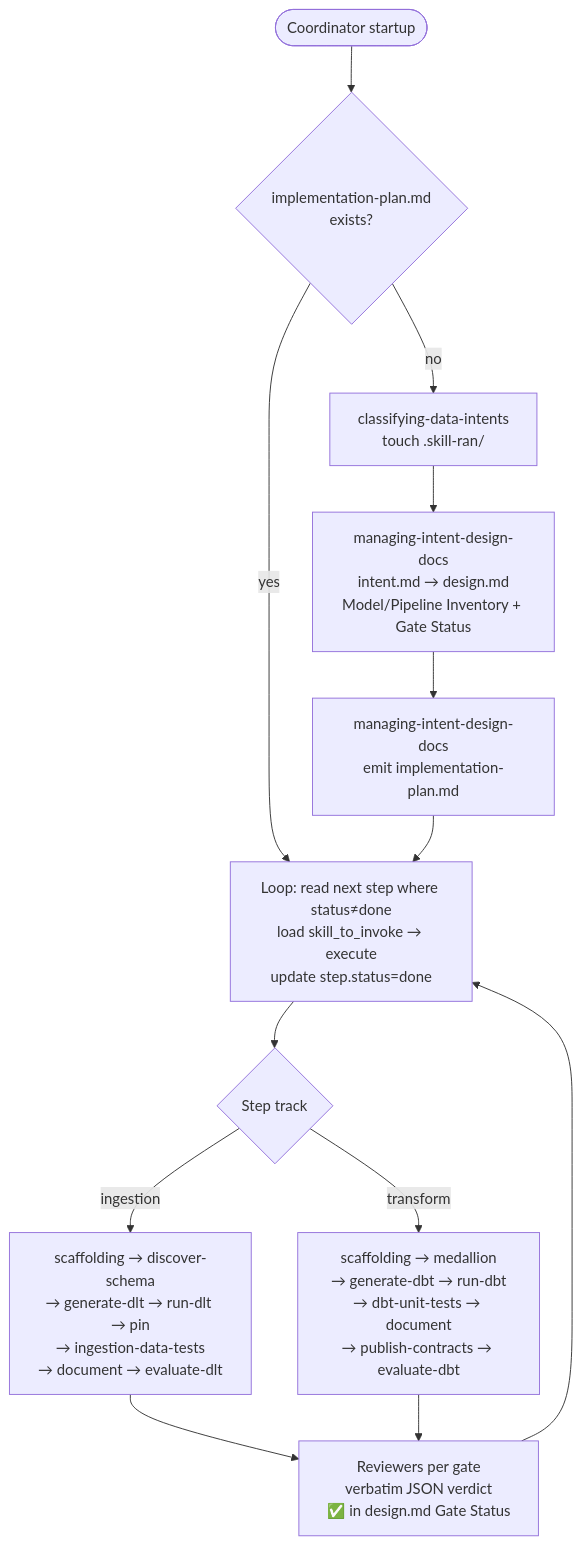
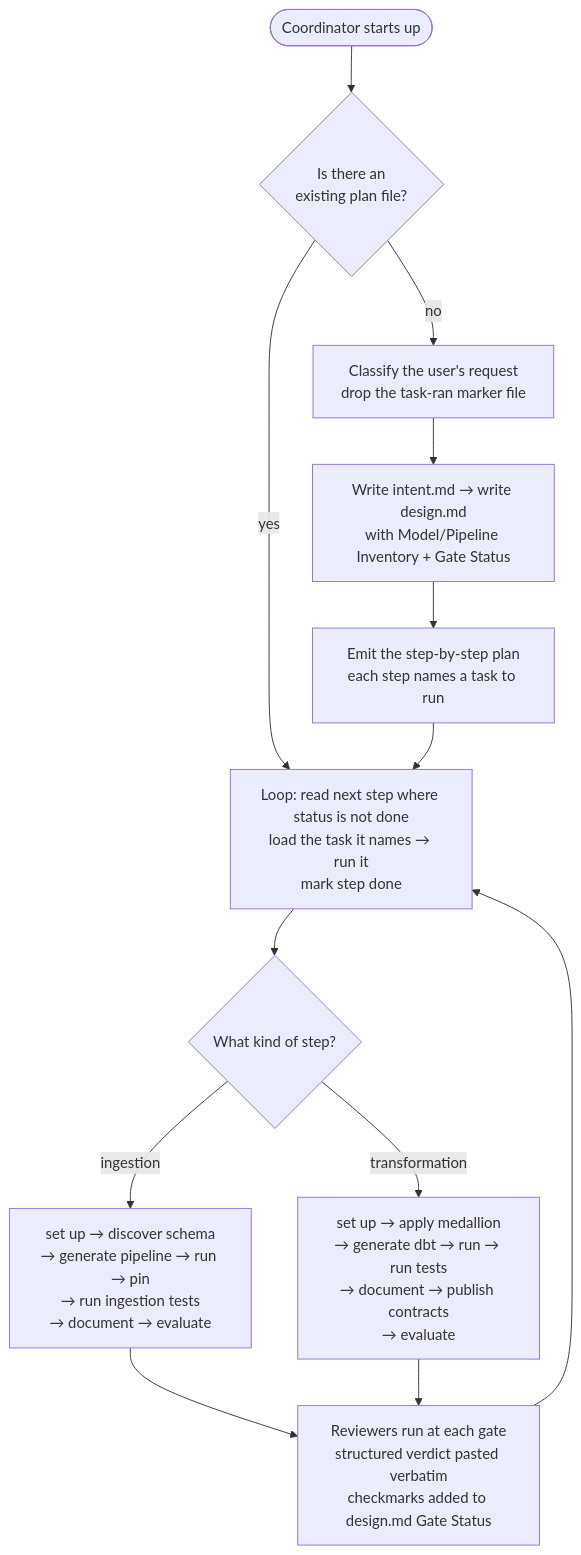
Before and after one commit to duc-accelerate-data/dlt-playground: the second of 3 diagrams in docs/may_21_plugin_analysis/04-diagrams.md, drawn with Mermaid. The commit also changed other lines of this file and 8 other files, not shown here.

````diff
--- a/docs/may_21_plugin_analysis/04-diagrams.md
+++ b/docs/may_21_plugin_analysis/04-diagrams.md
@@ -28,23 +28,23 @@
 ```mermaid
 flowchart TD
-    Start([Coordinator startup])
-    Start --> Resume{implementation-plan.md<br/>exists?}
+    Start([Coordinator starts up])
+    Start --> Resume{Is there an<br/>existing plan file?}
     Resume -->|yes| Loop
     Resume -->|no| Classify
 
-    Classify[classifying-data-intents<br/>touch .skill-ran/]
-    Design[managing-intent-design-docs<br/>intent.md → design.md<br/>Model/Pipeline Inventory + Gate Status]
-    Plan[managing-intent-design-docs<br/>emit implementation-plan.md]
+    Classify[Classify the user's request<br/>drop the task-ran marker file]
+    Design[Write intent.md → write design.md<br/>with Model/Pipeline Inventory + Gate Status]
+    Plan[Emit the step-by-step plan<br/>each step names a task to run]
 
-    Loop[Loop: read next step where status≠done<br/>load skill_to_invoke → execute<br/>update step.status=done]
+    Loop[Loop: read next step where status is not done<br/>load the task it names → run it<br/>mark step done]
 
     Classify --> Design --> Plan --> Loop
 
-    Loop --> Track{Step track}
-    Track -->|ingestion| ING[scaffolding → discover-schema<br/>→ generate-dlt → run-dlt → pin<br/>→ ingestion-data-tests<br/>→ document → evaluate-dlt]
-    Track -->|transform| TR[scaffolding → medallion<br/>→ generate-dbt → run-dbt<br/>→ dbt-unit-tests → document<br/>→ publish-contracts → evaluate-dbt]
+    Loop --> Track{What kind of step?}
+    Track -->|ingestion| ING[set up → discover schema<br/>→ generate pipeline → run → pin<br/>→ run ingestion tests<br/>→ document → evaluate]
+    Track -->|transformation| TR[set up → apply medallion<br/>→ generate dbt → run → run tests<br/>→ document → publish contracts<br/>→ evaluate]
     ING --> Gate
     TR --> Gate
-    Gate[Reviewers per gate<br/>verbatim JSON verdict<br/>✅ in design.md Gate Status]
+    Gate[Reviewers run at each gate<br/>structured verdict pasted verbatim<br/>checkmarks added to design.md Gate Status]
     Gate --> Loop
 ```
````
